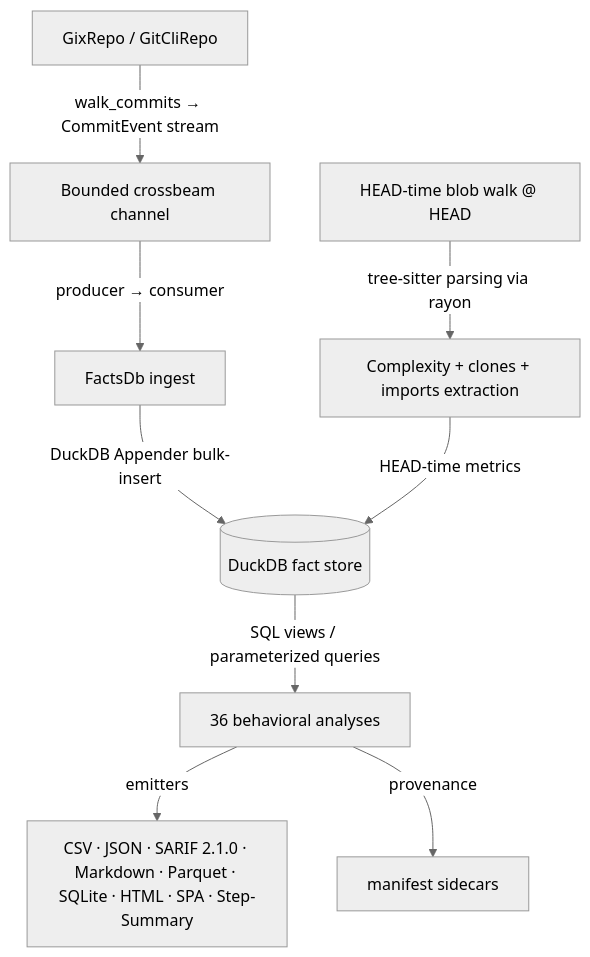
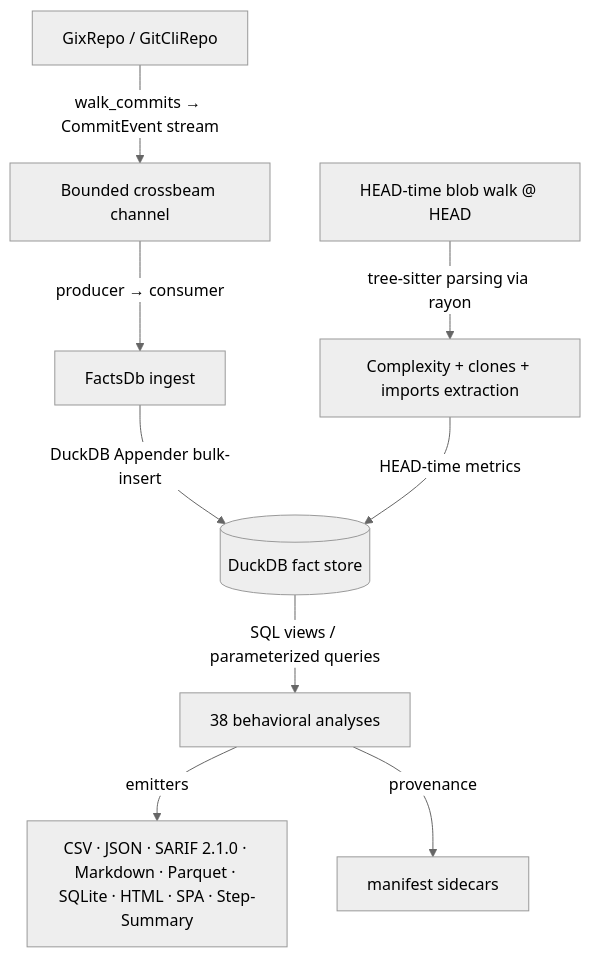
One commit to emrecdr/codelore changed the diagram in docs/codebase_analysis.md. Above: the diagram before and after it, drawn with Mermaid (neutral theme). The commit also changed other lines of this file and 11 other files, not shown here.

First line of the commit message:
feat(analyses): add instability + architecture-metrics (Martin/Lakos)

````diff
--- a/docs/codebase_analysis.md
+++ b/docs/codebase_analysis.md
@@ -29,11 +29,11 @@
 ```mermaid
 graph TD
     A[GixRepo / GitCliRepo] -->|walk_commits → CommitEvent stream| B[Bounded crossbeam channel]
     B -->|producer → consumer| C[FactsDb ingest]
     C -->|DuckDB Appender bulk-insert| D[(DuckDB fact store)]
     E[HEAD-time blob walk @ HEAD] -->|tree-sitter parsing via rayon| F[Complexity + clones + imports extraction]
     F -->|HEAD-time metrics| D
-    D -->|SQL views / parameterized queries| G[36 behavioral analyses]
+    D -->|SQL views / parameterized queries| G[38 behavioral analyses]
     G -->|emitters| H[CSV · JSON · SARIF 2.1.0 · Markdown · Parquet · SQLite · HTML · SPA · Step-Summary]
     G -->|provenance| I[manifest sidecars]
 ```
````
